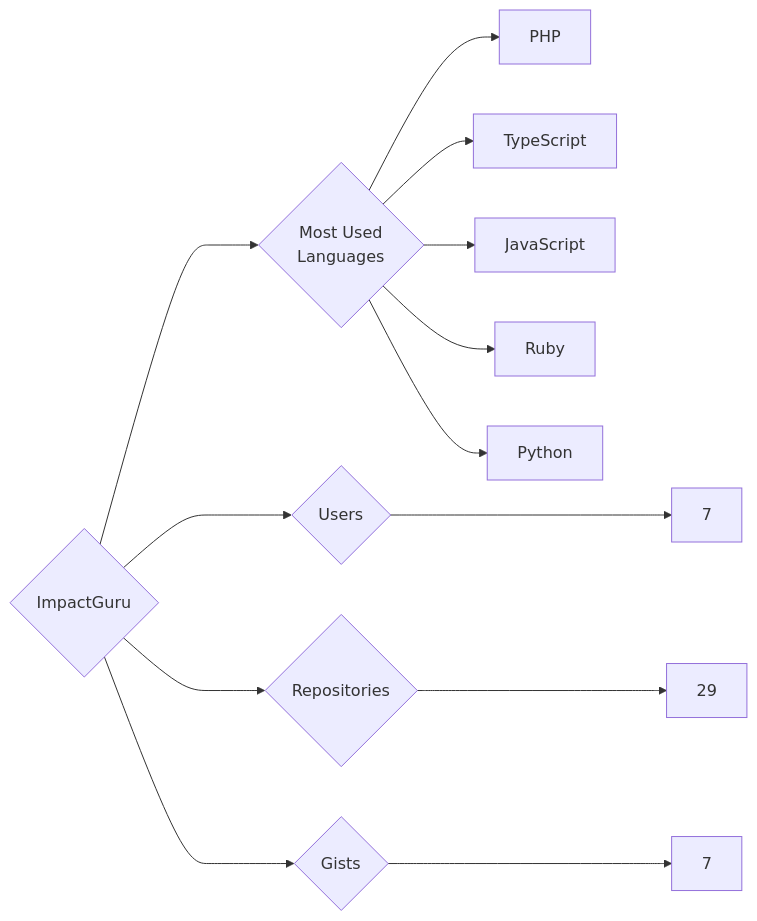
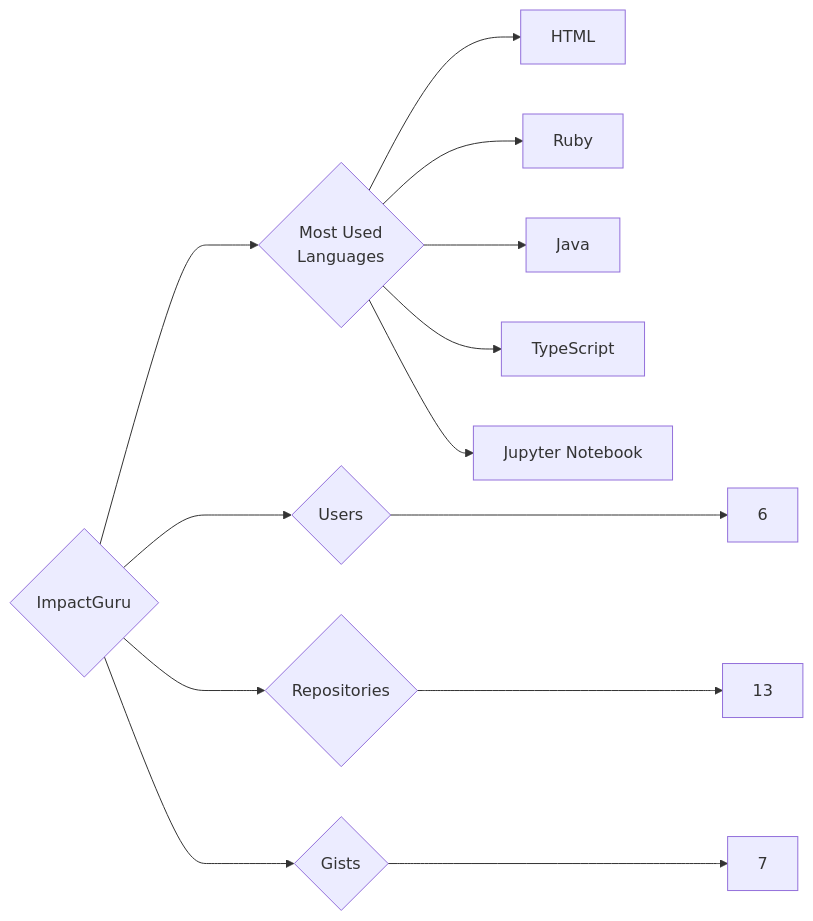
Before and after one commit to trickest/insiders: the diagram in targets/ImpactGuru/README.md, drawn with Mermaid. The commit also changed 953 other files, not shown here.

````diff
--- a/targets/ImpactGuru/README.md
+++ b/targets/ImpactGuru/README.md
@@ -3,13 +3,13 @@
 ```mermaid
 graph LR
 COMPANY_NAME{ImpactGuru}
-COMPANY_NAME ---> U{Users} ---> UN[7]
-COMPANY_NAME ---> R{Repositories} ---> RN[29]
+COMPANY_NAME ---> U{Users} ---> UN[6]
+COMPANY_NAME ---> R{Repositories} ---> RN[13]
 COMPANY_NAME ---> G{Gists} ---> GN[7]
 COMPANY_NAME ---> ML{Most Used<br>Languages}
-ML --> PHP[PHP]
+ML --> HTML[HTML]
+ML --> Ruby[Ruby]
+ML --> Java[Java]
 ML --> TypeScript[TypeScript]
-ML --> JavaScript[JavaScript]
-ML --> Ruby[Ruby]
-ML --> Python[Python]
+ML --> Jupyter_Notebook[Jupyter Notebook]
 ```
````
